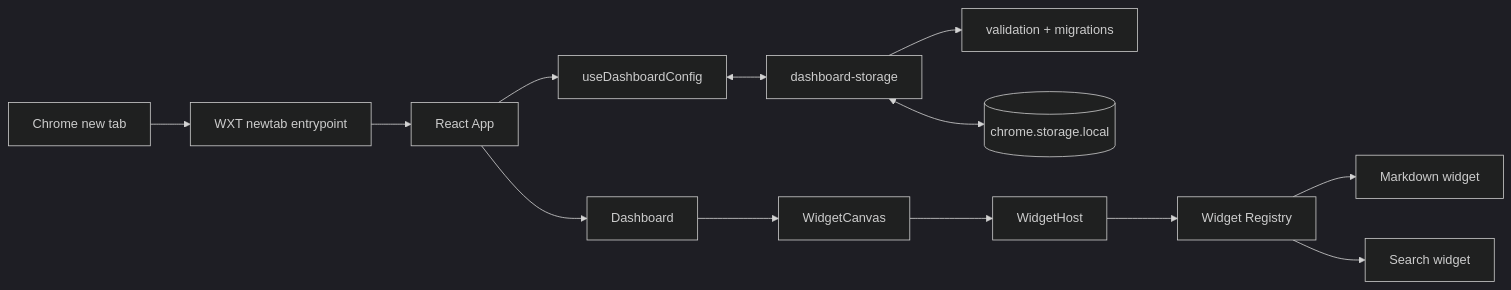
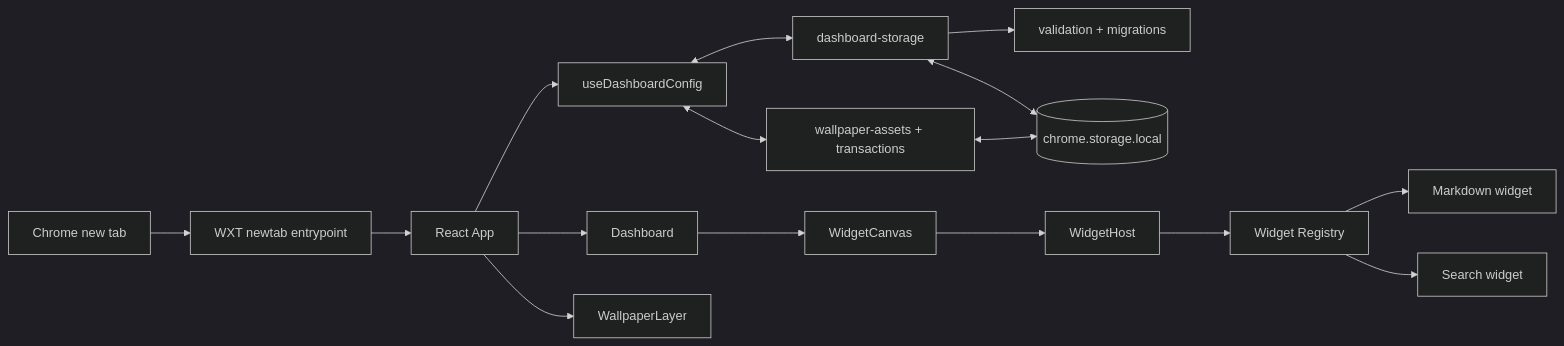
One commit to a-melchikov/chrome-start-page changed the diagram in docs/ARCHITECTURE.md. Above: the diagram before and after it, drawn with Mermaid (dark theme). The commit also changed other lines of this file and 12 other files, not shown here.

````diff
--- a/docs/ARCHITECTURE.md
+++ b/docs/ARCHITECTURE.md
@@ -5,15 +5,18 @@
 ```mermaid
 flowchart LR
   Chrome[Chrome new tab] --> WXT[WXT newtab entrypoint]
   WXT --> App[React App]
   App --> Hook[useDashboardConfig]
   Hook <--> Repo[dashboard-storage]
+  Hook <--> Assets[wallpaper-assets + transactions]
   Repo --> Validate[validation + migrations]
   Repo <--> Local[(chrome.storage.local)]
+  Assets <--> Local
   App --> Dashboard
+  App --> Wallpaper[WallpaperLayer]
   Dashboard --> Grid[WidgetCanvas]
   Grid --> Host[WidgetHost]
   Host --> Registry[Widget Registry]
   Registry --> Markdown[Markdown widget]
   Registry --> Search[Search widget]
 ```
````
